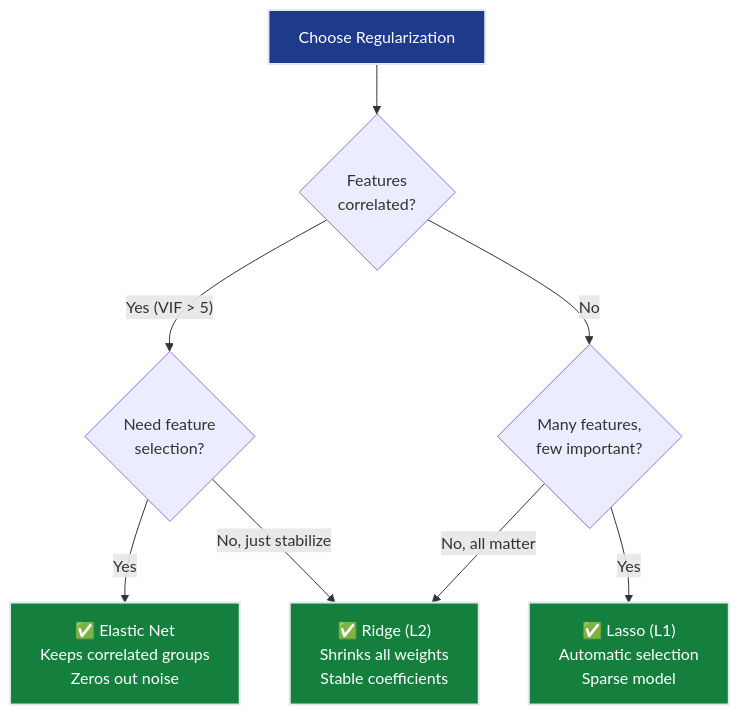
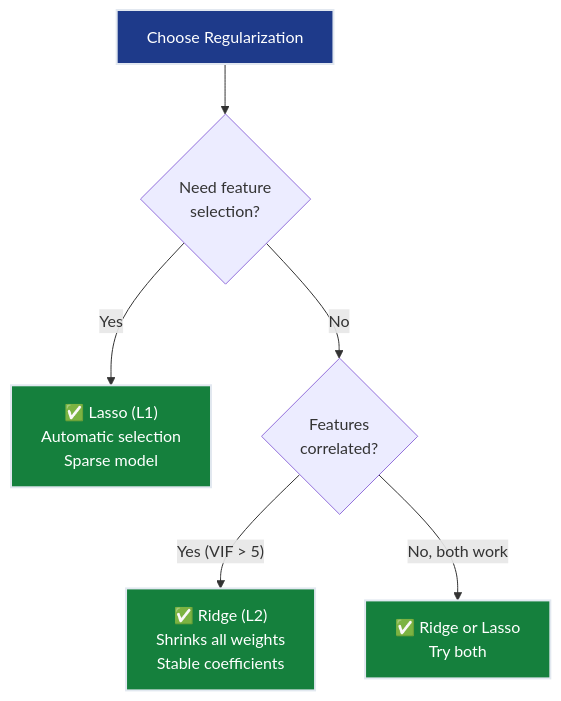
Before and after one commit to deepakshamsft/ai-portfolio: the second of 5 diagrams in notes/ML/01_regression/ch05_regularization/README.md, drawn with Mermaid. The commit also changed other lines of this file and 7 other files, not shown here.

````diff
--- a/notes/ML/01_regression/ch05_regularization/README.md
+++ b/notes/ML/01_regression/ch05_regularization/README.md
@@ -516,18 +256,15 @@
 ```mermaid
 flowchart TD
-    START["Choose Regularization"] --> Q1{"Features<br/>correlated?"}
+    START["Choose Regularization"] --> Q1{"Need feature<br/>selection?"}
     
-    Q1 -->|"Yes (VIF > 5)"| Q2{"Need feature<br/>selection?"}
-    Q1 -->|"No"| Q3{"Many features,<br/>few important?"}
+    Q1 -->|"Yes"| LASSO["✅ Lasso (L1)<br/>Automatic selection<br/>Sparse model"]
+    Q1 -->|"No"| Q2{"Features<br/>correlated?"}
     
-    Q2 -->|"Yes"| ELASTIC["✅ Elastic Net<br/>Keeps correlated groups<br/>Zeros out noise"]
-    Q2 -->|"No, just stabilize"| RIDGE["✅ Ridge (L2)<br/>Shrinks all weights<br/>Stable coefficients"]
-    
-    Q3 -->|"Yes"| LASSO["✅ Lasso (L1)<br/>Automatic selection<br/>Sparse model"]
-    Q3 -->|"No, all matter"| RIDGE
+    Q2 -->|"Yes (VIF > 5)"| RIDGE["✅ Ridge (L2)<br/>Shrinks all weights<br/>Stable coefficients"]
+    Q2 -->|"No, both work"| RIDGE2["✅ Ridge or Lasso<br/>Try both"]
     
     style START fill:#1e3a8a,stroke:#e2e8f0,stroke-width:2px,color:#ffffff
     style RIDGE fill:#15803d,stroke:#e2e8f0,stroke-width:2px,color:#ffffff
+    style RIDGE2 fill:#15803d,stroke:#e2e8f0,stroke-width:2px,color:#ffffff
     style LASSO fill:#15803d,stroke:#e2e8f0,stroke-width:2px,color:#ffffff
-    style ELASTIC fill:#15803d,stroke:#e2e8f0,stroke-width:2px,color:#ffffff
 ```
````
